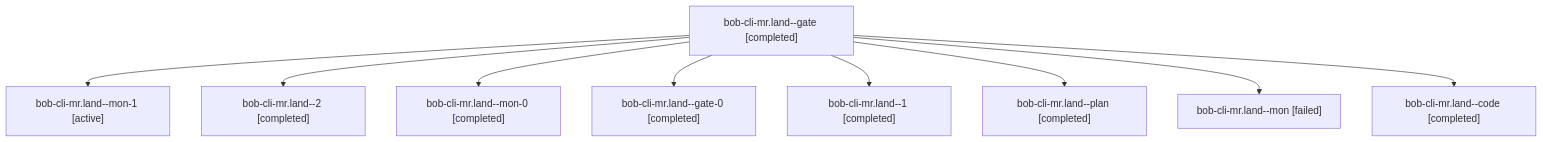
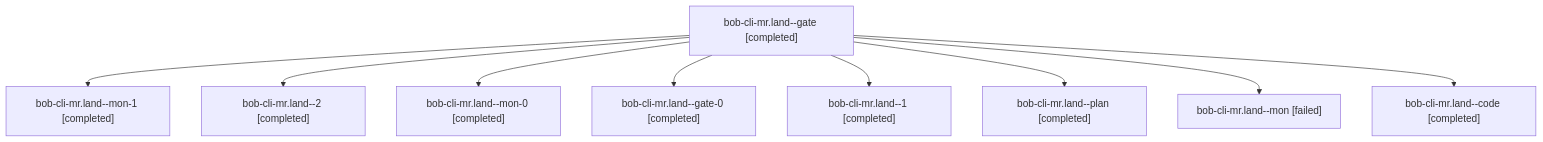
One commit to bobs-org/bob-cli--agents changed the diagram in sessions/bbugyi200.athena.bob-cli-mr.land.md. Above: the diagram before and after it, drawn with Mermaid. The commit also changed other lines of this file and 32 other files, not shown here.

````diff
--- a/sessions/bbugyi200.athena.bob-cli-mr.land.md
+++ b/sessions/bbugyi200.athena.bob-cli-mr.land.md
@@ -9,20 +9,20 @@
 ```mermaid
 flowchart TD
   n0["bob-cli-mr.land--gate [completed]"]
-  n1["bob-cli-mr.land--mon-1 [active]"]
+  n1["bob-cli-mr.land--mon-1 [completed]"]
   n0 --> n1
   n2["bob-cli-mr.land--2 [completed]"]
   n0 --> n2
   n3["bob-cli-mr.land--mon-0 [completed]"]
   n0 --> n3
   n4["bob-cli-mr.land--gate-0 [completed]"]
   n0 --> n4
   n5["bob-cli-mr.land--1 [completed]"]
   n0 --> n5
   n6["bob-cli-mr.land--plan [completed]"]
   n0 --> n6
   n7["bob-cli-mr.land--mon [failed]"]
   n0 --> n7
   n8["bob-cli-mr.land--code [completed]"]
   n0 --> n8
 ```
````
